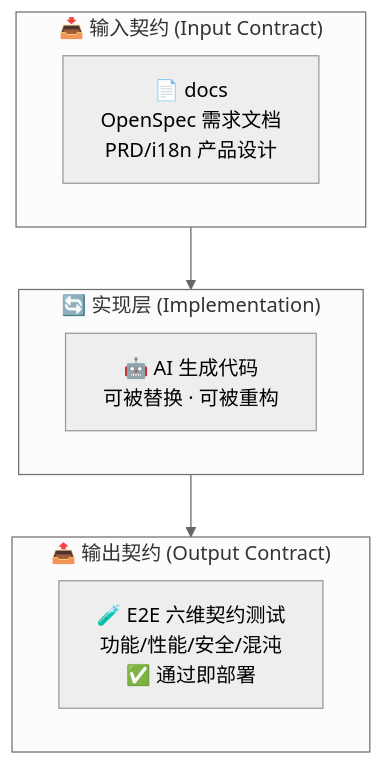
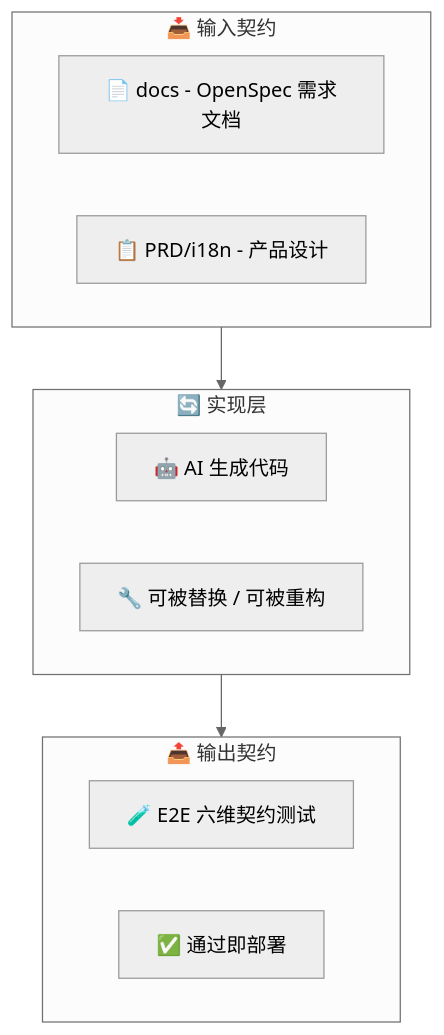
One commit to wyc7758775/aglie-person-manage changed the first of 2 diagrams in README.md. Above: the diagram before and after it, drawn with Mermaid (neutral theme). The commit also changed other lines of this file, not shown here.

First line of the commit message:
docs: 优化图表显示，解决文字遮挡和暗色模式问题

````diff
--- a/README.md
+++ b/README.md
@@ -15,16 +15,19 @@
 ```mermaid
 flowchart TB
-    subgraph Input["📥 输入契约 (Input Contract)"]
-        docs["📄 docs<br/>OpenSpec 需求文档<br/>PRD/i18n 产品设计"]
+    subgraph Input["📥 输入契约"]
+        A["📄 docs - OpenSpec 需求文档"]
+        B["📋 PRD/i18n - 产品设计"]
     end
     
-    subgraph Impl["🔄 实现层 (Implementation)"]
-        ai["🤖 AI 生成代码<br/>可被替换 · 可被重构"]
+    subgraph Impl["🔄 实现层"]
+        C["🤖 AI 生成代码"]
+        D["🔧 可被替换 / 可被重构"]
     end
     
-    subgraph Output["📤 输出契约 (Output Contract)"]
-        e2e["🧪 E2E 六维契约测试<br/>功能/性能/安全/混沌<br/>✅ 通过即部署"]
+    subgraph Output["📤 输出契约"]
+        E["🧪 E2E 六维契约测试"]
+        F["✅ 通过即部署"]
     end
     
     Input --> Impl --> Output
 ```
````
